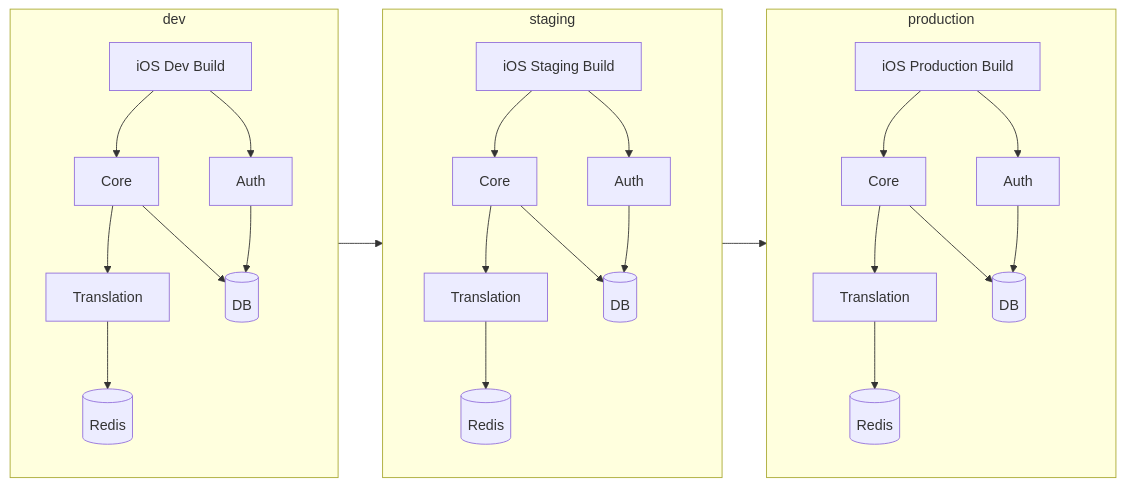
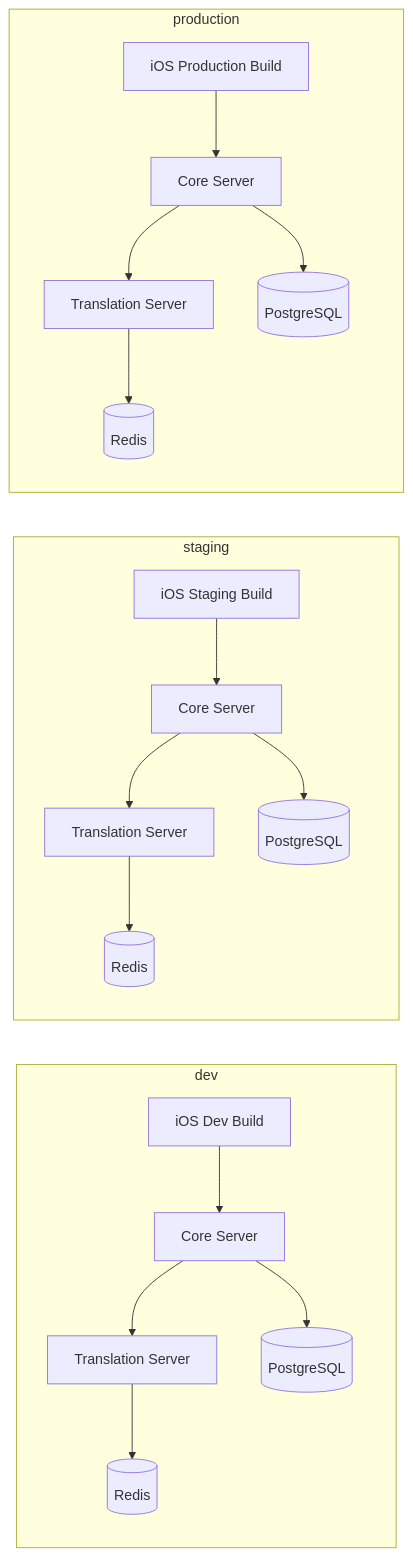
One commit to HwangSeokBeom/GamePediaDocs changed the diagram in docs/05-infra/environment-structure.md. Above: the diagram before and after it, drawn with Mermaid. The commit also changed other lines of this file and 8 other files, not shown here.

Commit message:
Update architecture docs and add branch strategy

````diff
--- a/docs/05-infra/environment-structure.md
+++ b/docs/05-infra/environment-structure.md
@@ -47,50 +17,38 @@
 ```mermaid
 flowchart LR
     subgraph Dev[dev]
         DevApp[iOS Dev Build]
-        DevAuth[Auth]
-        DevCore[Core]
-        DevTrans[Translation]
-        DevDB[(DB)]
+        DevCore[Core Server]
+        DevTranslation[Translation Server]
+        DevPG[(PostgreSQL)]
         DevRedis[(Redis)]
-        DevApp --> DevAuth
         DevApp --> DevCore
-        DevCore --> DevTrans
-        DevAuth --> DevDB
-        DevCore --> DevDB
-        DevTrans --> DevRedis
+        DevCore --> DevTranslation
+        DevCore --> DevPG
+        DevTranslation --> DevRedis
     end
 
     subgraph Staging[staging]
         StageApp[iOS Staging Build]
-        StageAuth[Auth]
-        StageCore[Core]
-        StageTrans[Translation]
-        StageDB[(DB)]
+        StageCore[Core Server]
+        StageTranslation[Translation Server]
+        StagePG[(PostgreSQL)]
         StageRedis[(Redis)]
-        StageApp --> StageAuth
         StageApp --> StageCore
-        StageCore --> StageTrans
-        StageAuth --> StageDB
-        StageCore --> StageDB
-        StageTrans --> StageRedis
+        StageCore --> StageTranslation
+        StageCore --> StagePG
+        StageTranslation --> StageRedis
     end
 
-    subgraph Prod[production]
+    subgraph Production[production]
         ProdApp[iOS Production Build]
-        ProdAuth[Auth]
-        ProdCore[Core]
-        ProdTrans[Translation]
-        ProdDB[(DB)]
+        ProdCore[Core Server]
+        ProdTranslation[Translation Server]
+        ProdPG[(PostgreSQL)]
         ProdRedis[(Redis)]
-        ProdApp --> ProdAuth
         ProdApp --> ProdCore
-        ProdCore --> ProdTrans
-        ProdAuth --> ProdDB
-        ProdCore --> ProdDB
-        ProdTrans --> ProdRedis
+        ProdCore --> ProdTranslation
+        ProdCore --> ProdPG
+        ProdTranslation --> ProdRedis
     end
-
-    Dev --> Staging
-    Staging --> Prod
 ```
````
